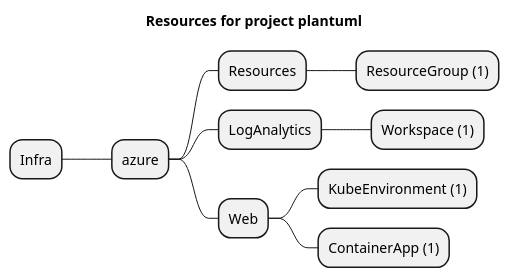
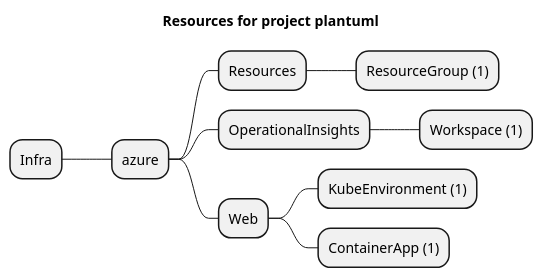
The diagram in examples/azure/container-apps/plantuml/artifacts/resources-mindmap.puml (grucloud/grucloud), drawn with PlantUML before and after one commit. The commit also changed 22 other files, not shown here.

```diff
--- a/examples/azure/container-apps/plantuml/artifacts/resources-mindmap.puml
+++ b/examples/azure/container-apps/plantuml/artifacts/resources-mindmap.puml
@@ -1,13 +1,13 @@
 @startmindmap
 title Resources for project plantuml
 skinparam monochrome true
 + Infra
 ++ azure
 +++ Resources
 ++++ ResourceGroup (1)
-+++ LogAnalytics
++++ OperationalInsights
 ++++ Workspace (1)
 +++ Web
 ++++ KubeEnvironment (1)
 ++++ ContainerApp (1)
 @endmindmap
```
